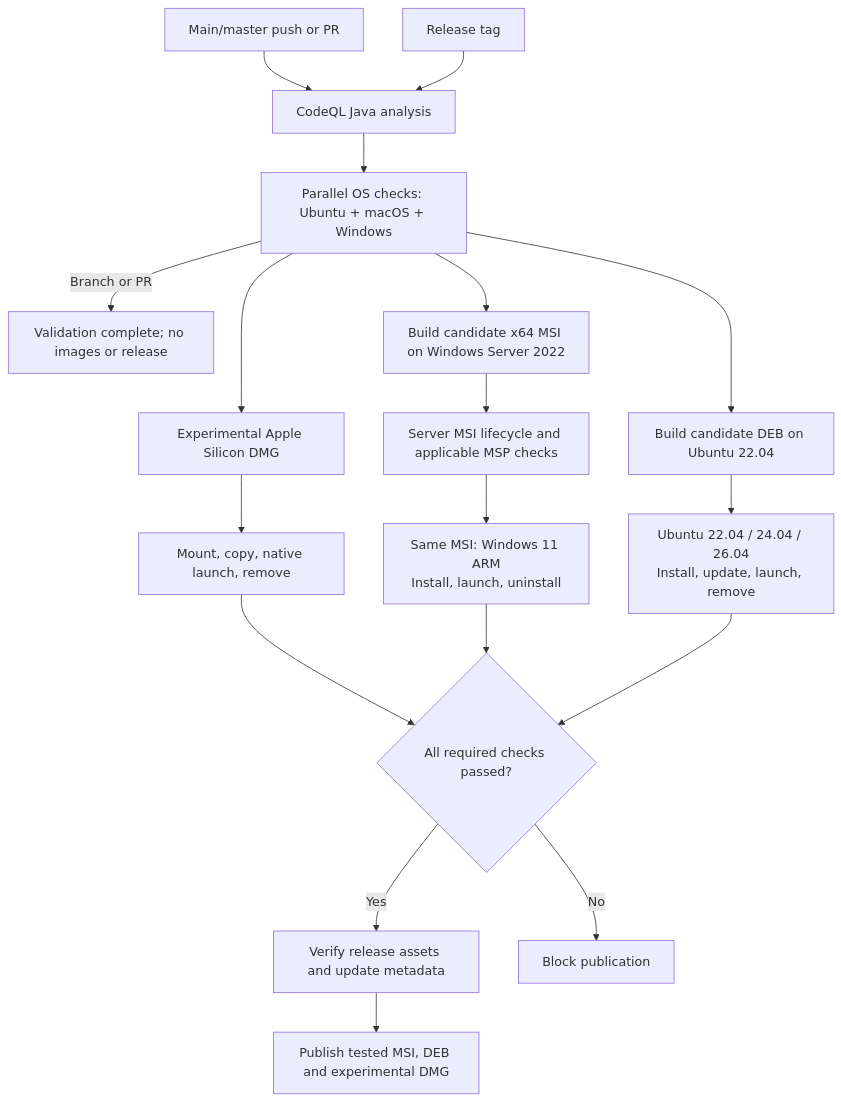
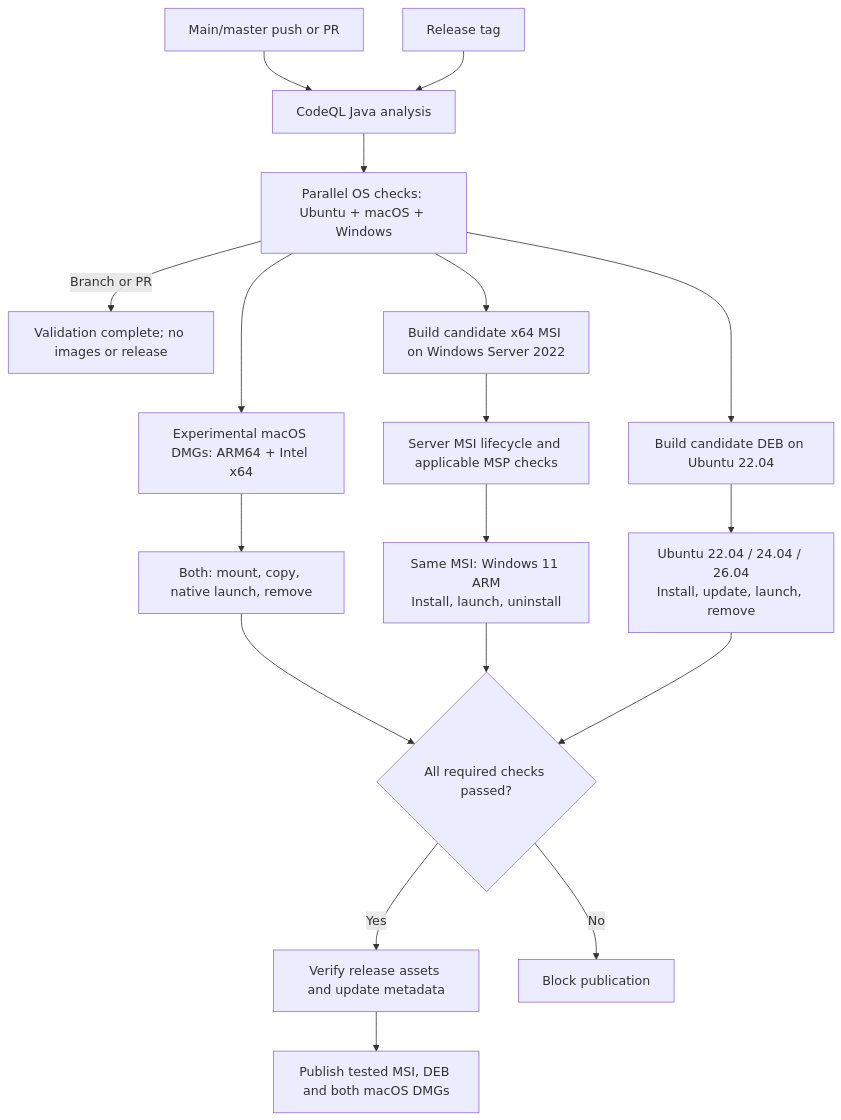
Before and after one commit to mgarcia01752/oscar-ui: the diagram in docs/development/build/packaging.md, drawn with Mermaid. The commit also changed other lines of this file and 20 other files, not shown here.

Commit message:
Feature: Add macOS Intel DMG releases - Build Intel and Apple Silicon images in CI - Verify bundled runtime and framework CPU slices - Require both DMGs before release publication - Update installer docs, badges and build skill - Tests: Pass full local pre-push validation

````diff
--- a/docs/development/build/packaging.md
+++ b/docs/development/build/packaging.md
@@ -445,20 +445,20 @@
 ```mermaid
 flowchart TD
     Branch[Main/master push or PR] --> Security[CodeQL Java analysis]
     Tag[Release tag] --> Security
     Security --> Platforms[Parallel OS checks: Ubuntu + macOS + Windows]
     Platforms -->|Branch or PR| Done[Validation complete; no images or release]
     Platforms --> MSI[Build candidate x64 MSI on Windows Server 2022]
     Platforms --> DEB[Build candidate DEB on Ubuntu 22.04]
-    Platforms --> Mac[Experimental Apple Silicon DMG]
-    Mac --> MacTest[Mount, copy, native launch, remove]
+    Platforms --> Mac[Experimental macOS DMGs: ARM64 + Intel x64]
+    Mac --> MacTest[Both: mount, copy, native launch, remove]
     MacTest --> Gate
     MSI --> Server[Server MSI lifecycle and applicable MSP checks]
     Server --> Win11[Same MSI: Windows 11 ARM<br/>Install, launch, uninstall]
     DEB --> Ubuntu[Ubuntu 22.04 / 24.04 / 26.04<br/>Install, update, launch, remove]
     Win11 --> Gate{All required checks passed?}
     Ubuntu --> Gate
     Gate -->|Yes| Verify[Verify release assets and update metadata]
-    Verify --> Publish[Publish tested MSI, DEB and experimental DMG]
+    Verify --> Publish[Publish tested MSI, DEB and both macOS DMGs]
     Gate -->|No| Stop[Block publication]
 ```
````
